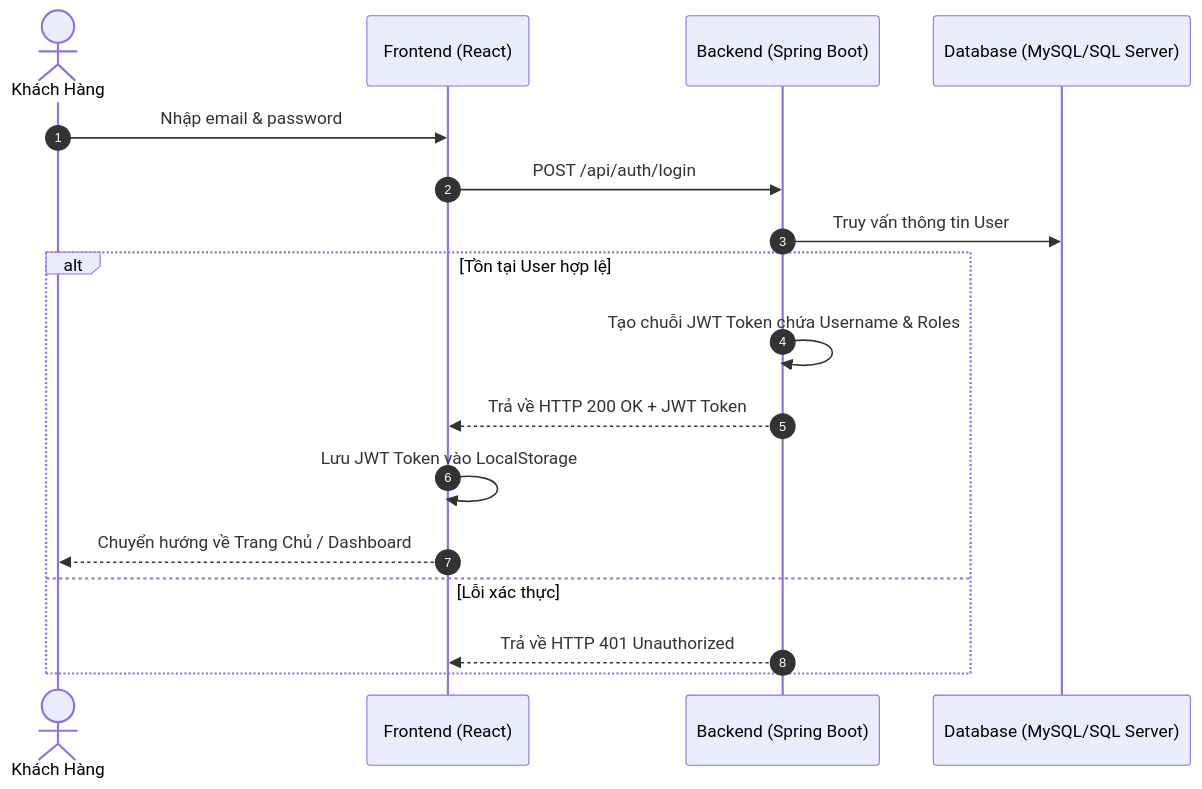
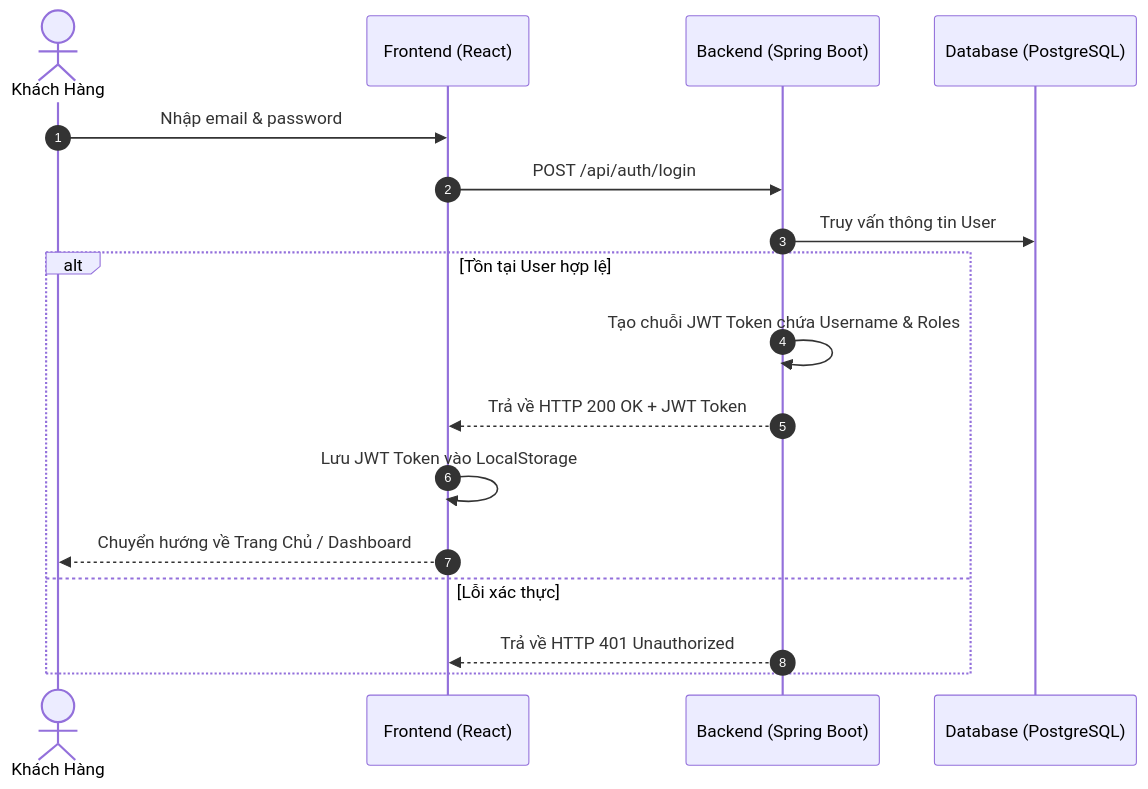
One commit to BryannLee202/TestingProject changed the third of 5 diagrams in README.md. Above: the diagram before and after it, drawn with Mermaid. The commit also changed other lines of this file and 15 other files, not shown here.

First line of the commit message:
Migrate database từ MySQL sang PostgreSQL, dọn script rác và cập nhật Docker/CI/README

````diff
--- a/README.md
+++ b/README.md
@@ -284,20 +284,20 @@
 ```mermaid
 sequenceDiagram
   autonumber
   actor User as Khách Hàng
   participant FE as Frontend (React)
   participant BE as Backend (Spring Boot)
-  participant DB as Database (MySQL/SQL Server)
+  participant DB as Database (PostgreSQL)
 
   User->>FE: Nhập email & password
   FE->>BE: POST /api/auth/login
   BE->>DB: Truy vấn thông tin User
   alt Tồn tại User hợp lệ
     BE->>BE: Tạo chuỗi JWT Token chứa Username & Roles
     BE-->>FE: Trả về HTTP 200 OK + JWT Token
     FE->>FE: Lưu JWT Token vào LocalStorage
     FE-->>User: Chuyển hướng về Trang Chủ / Dashboard
   else Lỗi xác thực
     BE-->>FE: Trả về HTTP 401 Unauthorized
   end
 ```
````
